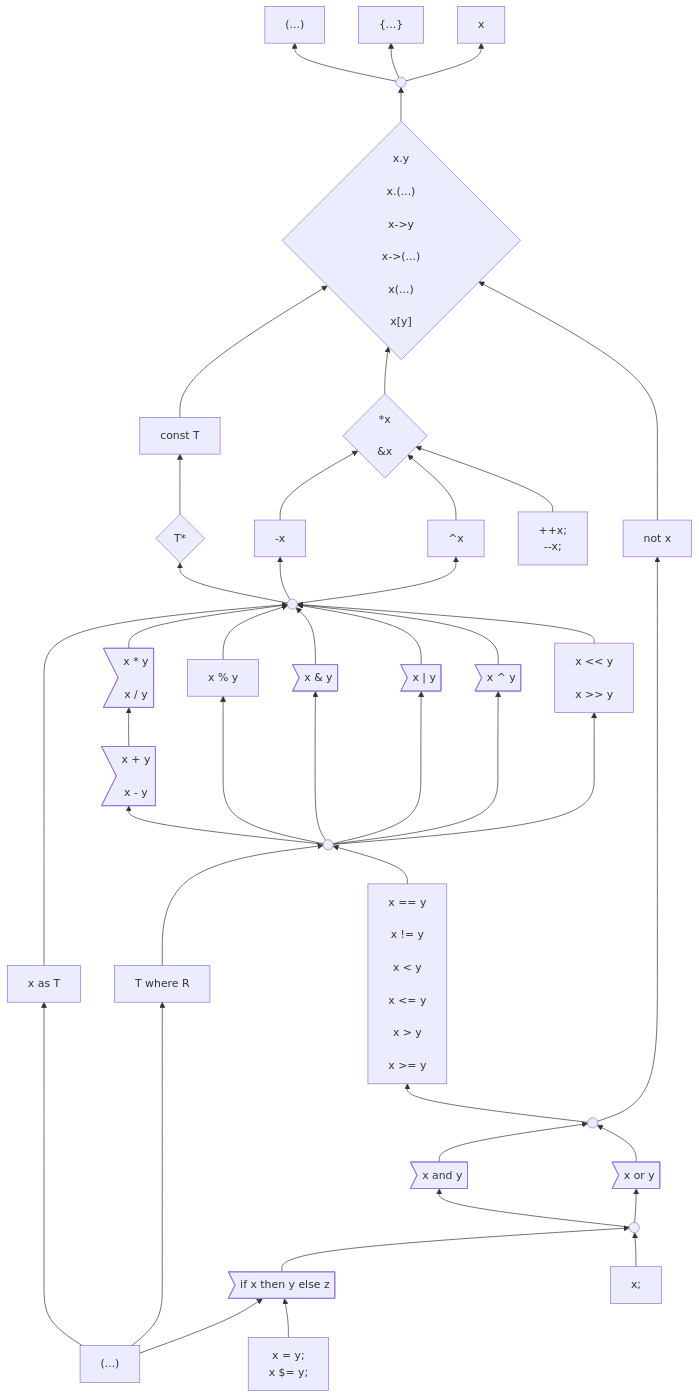
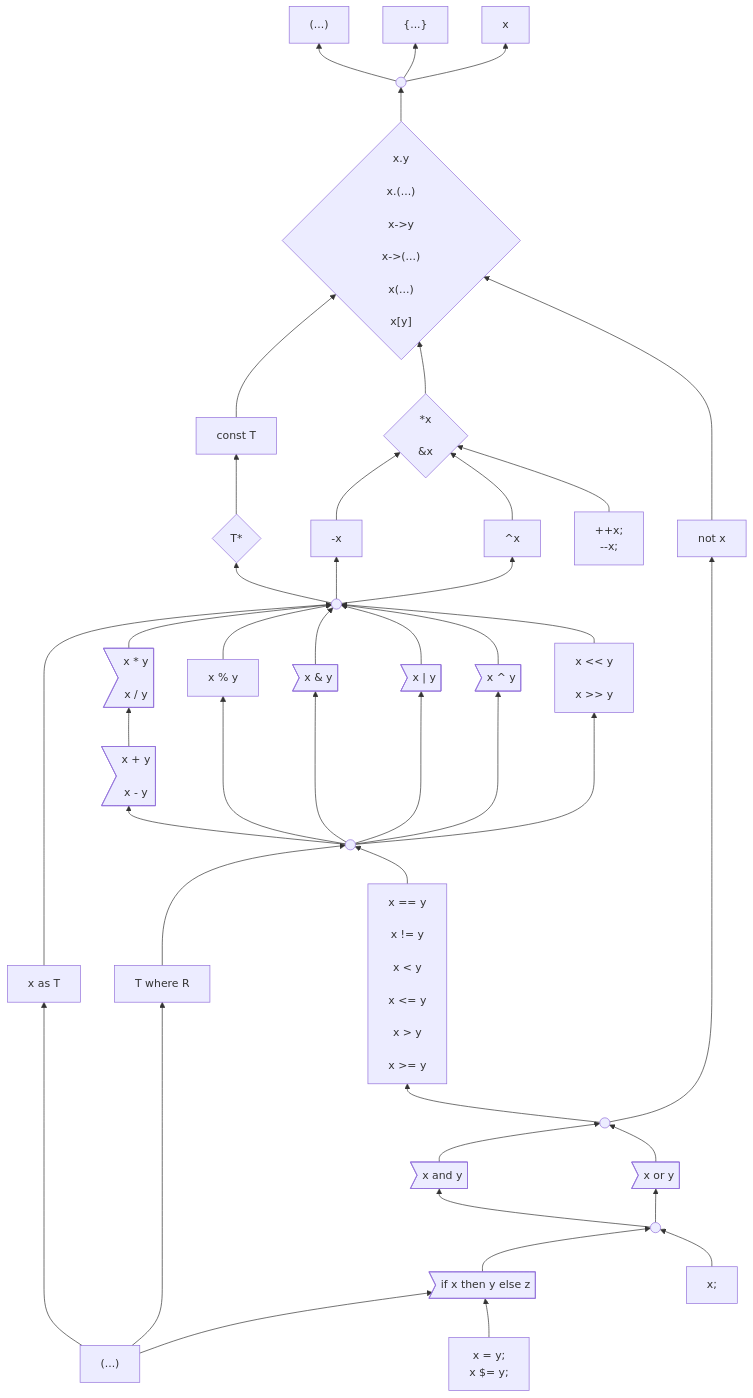
The first of 3 diagrams in docs/design/expressions/README.md (carbon-language/carbon-lang), drawn with Mermaid before and after one commit.

Commit message:
Checkpoint progress.

````diff
--- a/docs/design/expressions/README.md
+++ b/docs/design/expressions/README.md
@@ -180,6 +180,7 @@
     %% logicalExpression ----> as & where
     insideParens ------> as & where
     logicalExpression --> and & or
+    HIDDEN2:::hidden ~~~ logicalExpression
     if & expressionStatement --> logicalExpression
     insideParens & assignment --> if
 ```
````
